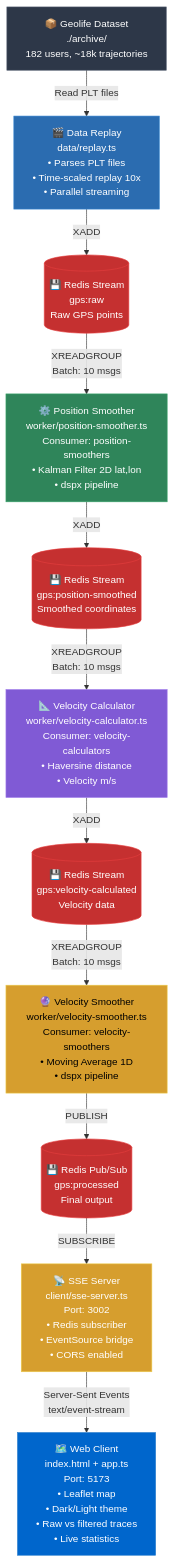
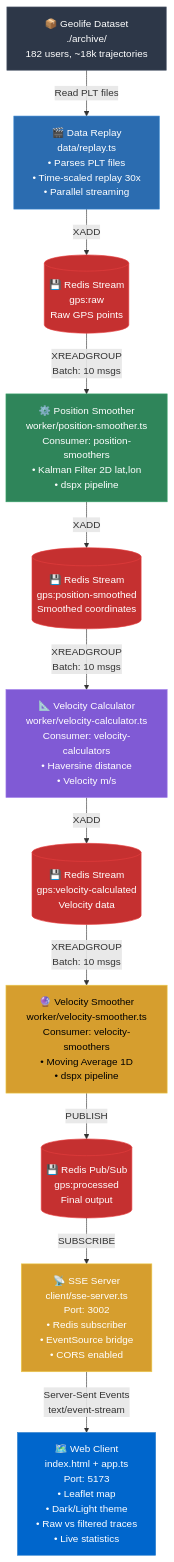
One commit to A-KGeorge/serverless-gps-demo-dspx changed the second of 4 diagrams in ARCHITECTURE.md. Above: the diagram before and after it, drawn with Mermaid. The commit also changed other lines of this file and 8 other files, not shown here.

````diff
--- a/ARCHITECTURE.md
+++ b/ARCHITECTURE.md
@@ -143,47 +143,47 @@
 ```mermaid
 flowchart TD
     Dataset[📦 Geolife Dataset<br/>./archive/<br/>182 users, ~18k trajectories]
 
-    Replay[🎬 Data Replay<br/>data/replay.ts<br/>• Parses PLT files<br/>• Time-scaled replay 10x<br/>• Parallel streaming]
+    Replay[🎬 Data Replay<br/>data/replay.ts<br/>• Parses PLT files<br/>• Time-scaled replay 30x<br/>• Parallel streaming]
 
     RedisStream1[(💾 Redis Stream<br/>gps:raw<br/>Raw GPS points)]
 
     Worker1[⚙️ Position Smoother<br/>worker/position-smoother.ts<br/>Consumer: position-smoothers<br/>• Kalman Filter 2D lat,lon<br/>• dspx pipeline]
 
     RedisStream2[(💾 Redis Stream<br/>gps:position-smoothed<br/>Smoothed coordinates)]
 
     Worker2[📐 Velocity Calculator<br/>worker/velocity-calculator.ts<br/>Consumer: velocity-calculators<br/>• Haversine distance<br/>• Velocity m/s]
 
     RedisStream3[(💾 Redis Stream<br/>gps:velocity-calculated<br/>Velocity data)]
 
     Worker3[🔮 Velocity Smoother<br/>worker/velocity-smoother.ts<br/>Consumer: velocity-smoothers<br/>• Moving Average 1D<br/>• dspx pipeline]
 
     RedisPubSub[(💾 Redis Pub/Sub<br/>gps:processed<br/>Final output)]
 
     SSE[📡 SSE Server<br/>client/sse-server.ts<br/>Port: 3002<br/>• Redis subscriber<br/>• EventSource bridge<br/>• CORS enabled]
 
     Client[🗺️ Web Client<br/>index.html + app.ts<br/>Port: 5173<br/>• Leaflet map<br/>• Dark/Light theme<br/>• Raw vs filtered traces<br/>• Live statistics]
 
     Dataset -->|Read PLT files| Replay
     Replay -->|XADD| RedisStream1
     RedisStream1 -->|XREADGROUP<br/>Batch: 10 msgs| Worker1
     Worker1 -->|XADD| RedisStream2
     RedisStream2 -->|XREADGROUP<br/>Batch: 10 msgs| Worker2
     Worker2 -->|XADD| RedisStream3
     RedisStream3 -->|XREADGROUP<br/>Batch: 10 msgs| Worker3
     Worker3 -->|PUBLISH| RedisPubSub
     RedisPubSub -->|SUBSCRIBE| SSE
     SSE -->|Server-Sent Events<br/>text/event-stream| Client
 
     style Dataset fill:#2d3748,stroke:#4a5568,color:#fff
     style Replay fill:#2b6cb0,stroke:#3182ce,color:#fff
     style RedisStream1 fill:#c53030,stroke:#e53e3e,color:#fff
     style Worker1 fill:#2f855a,stroke:#38a169,color:#fff
     style RedisStream2 fill:#c53030,stroke:#e53e3e,color:#fff
     style Worker2 fill:#805ad5,stroke:#9f7aea,color:#fff
     style RedisStream3 fill:#c53030,stroke:#e53e3e,color:#fff
     style Worker3 fill:#d69e2e,stroke:#ecc94b,color:#000
     style RedisPubSub fill:#c53030,stroke:#e53e3e,color:#fff
     style SSE fill:#d69e2e,stroke:#ecc94b,color:#fff
     style Client fill:#0066cc,stroke:#3182ce,color:#fff
 ```
````
